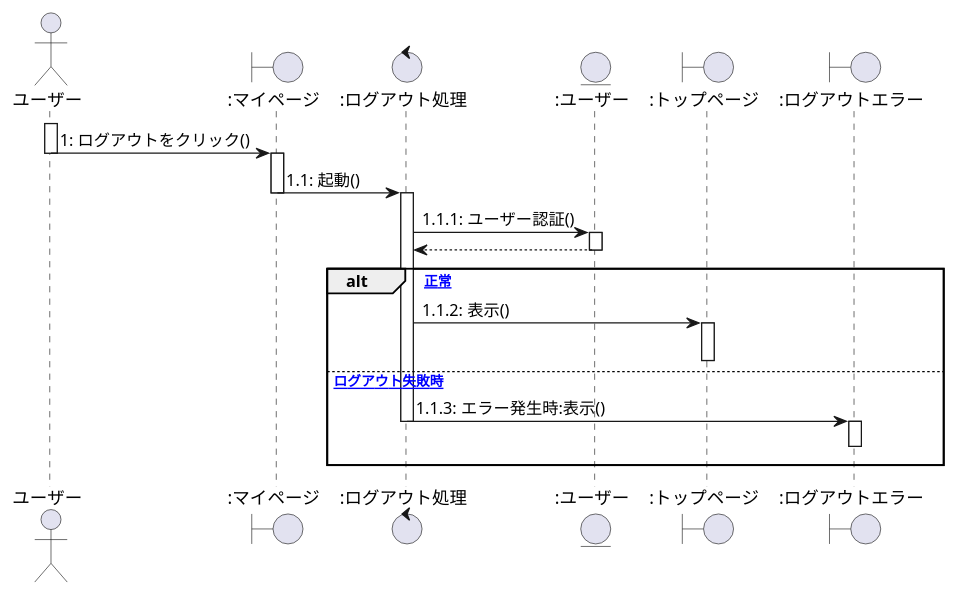
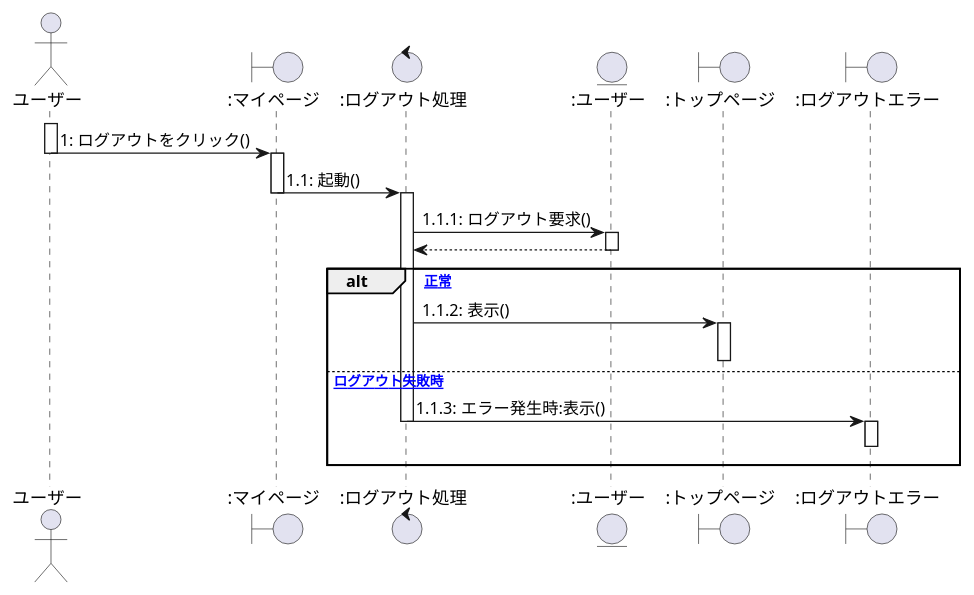
Before and after one commit to ksw2270227/GroupF: the third of 4 diagrams in user1_sequence.plantuml, drawn with PlantUML. The commit also changed other lines of this file and 1 other file, not shown here.

```diff
--- a/user1_sequence.plantuml
+++ b/user1_sequence.plantuml
@@ -78,33 +78,33 @@
 @startuml ログアウトシーケンス図
 
 actor ユーザー as 0
 Boundary ":マイページ" as a
 Control ":ログアウト処理" as b
 Entity ":ユーザー" as c
 Boundary ":トップページ" as d
 Boundary ":ログアウトエラー" as e
 
 activate 0
     0 -> a :1: ログアウトをクリック()
 deactivate 0
 activate a
     a -> b :1.1: 起動()
 deactivate a
 activate b
-    b -> c :1.1.1: ユーザー認証()
+    b -> c :1.1.1: ログアウト要求()
 activate c
     b <-- c
 deactivate c
 alt [正常]
     b -> d :1.1.2: 表示()
 activate d
 deactivate d
 else [ログアウト失敗時]
     b -> e :1.1.3: エラー発生時:表示()
 deactivate b
 activate e
 e -[hidden]-> e
 deactivate e
 end
 
 @enduml
```
